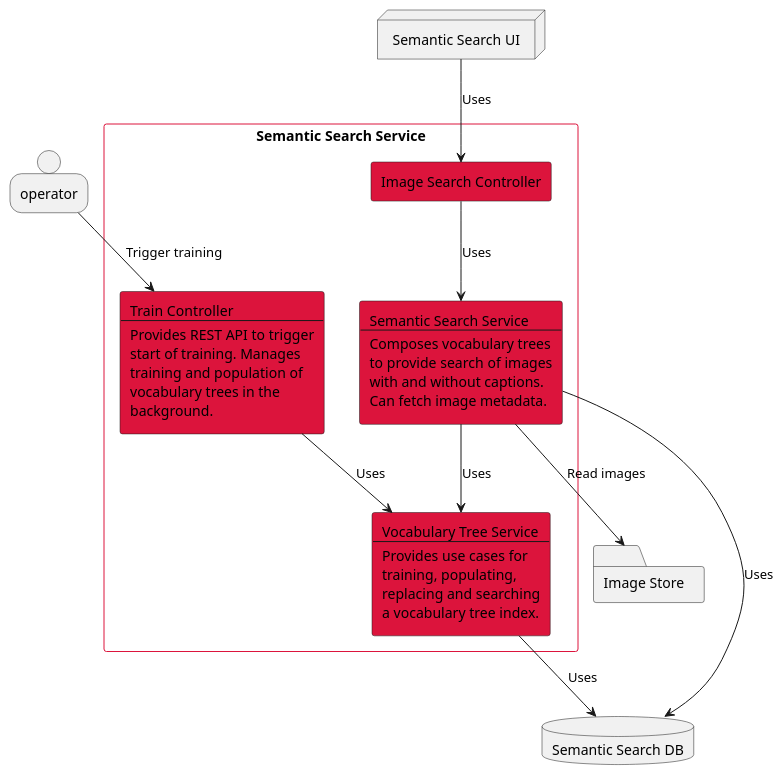
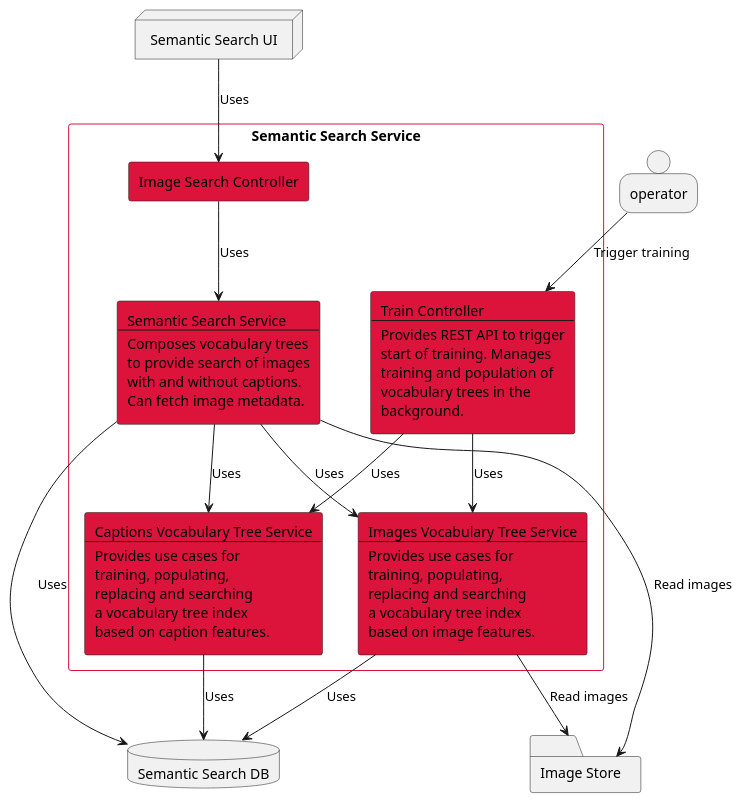
Before and after one commit to aircheology/docs: the diagram in c4/component.puml, drawn with PlantUML. The commit also changed 16 other files, not shown here.

Commit message:
Add dynamic diagrams (#2)

```diff
--- a/c4/component.puml
+++ b/c4/component.puml
@@ -1,54 +1,68 @@
 @startuml component
 person operator
 
 node SemSearchUI [
     Semantic Search UI
 ]
 
 folder ImageStore as "Image Store"
 
 database SemSearchDB [
     Semantic Search DB
 ]
 
 rectangle SemanticSearchSvc as "Semantic Search Service" #line:crimson {
-    rectangle VocTreeSvc #crimson [
-        Vocabulary Tree Service
+    rectangle CaptionVocTreeSvc #crimson [
+        Captions Vocabulary Tree Service
         ---
         Provides use cases for
         training, populating,
         replacing and searching
-        a vocabulary tree index.
+        a vocabulary tree index
+        based on caption features.
+    ]
+    rectangle ImVocTreeSvc #crimson [
+        Images Vocabulary Tree Service
+        ---
+        Provides use cases for
+        training, populating,
+        replacing and searching
+        a vocabulary tree index
+        based on image features.
     ]
     rectangle SemSearchSvc #crimson [
         Semantic Search Service
         ---
         Composes vocabulary trees
         to provide search of images
         with and without captions.
         Can fetch image metadata.
     ]
     rectangle TrainController #crimson [
         Train Controller
         ---
         Provides REST API to trigger
         start of training. Manages 
         training and population of 
         vocabulary trees in the
         background.
     ]
     rectangle ImageSearchController as "Image Search Controller" #crimson
 
-    SemSearchSvc --> VocTreeSvc: Uses
+    SemSearchSvc --> CaptionVocTreeSvc: Uses
+    SemSearchSvc --> ImVocTreeSvc: Uses
     SemSearchSvc --> SemSearchDB: Uses
-    VocTreeSvc --> SemSearchDB: Uses
+    CaptionVocTreeSvc --> SemSearchDB: Uses
+    ImVocTreeSvc --> SemSearchDB: Uses
     
-    TrainController --> VocTreeSvc: Uses
+    TrainController --> CaptionVocTreeSvc: Uses
+    TrainController --> ImVocTreeSvc: Uses
     ImageSearchController --> SemSearchSvc: Uses
     operator --> TrainController: Trigger training
     
     SemSearchSvc --> ImageStore: Read images
+    ImVocTreeSvc --> ImageStore: Read images
 
     SemSearchUI --> ImageSearchController: Uses
 }
 @enduml
```
